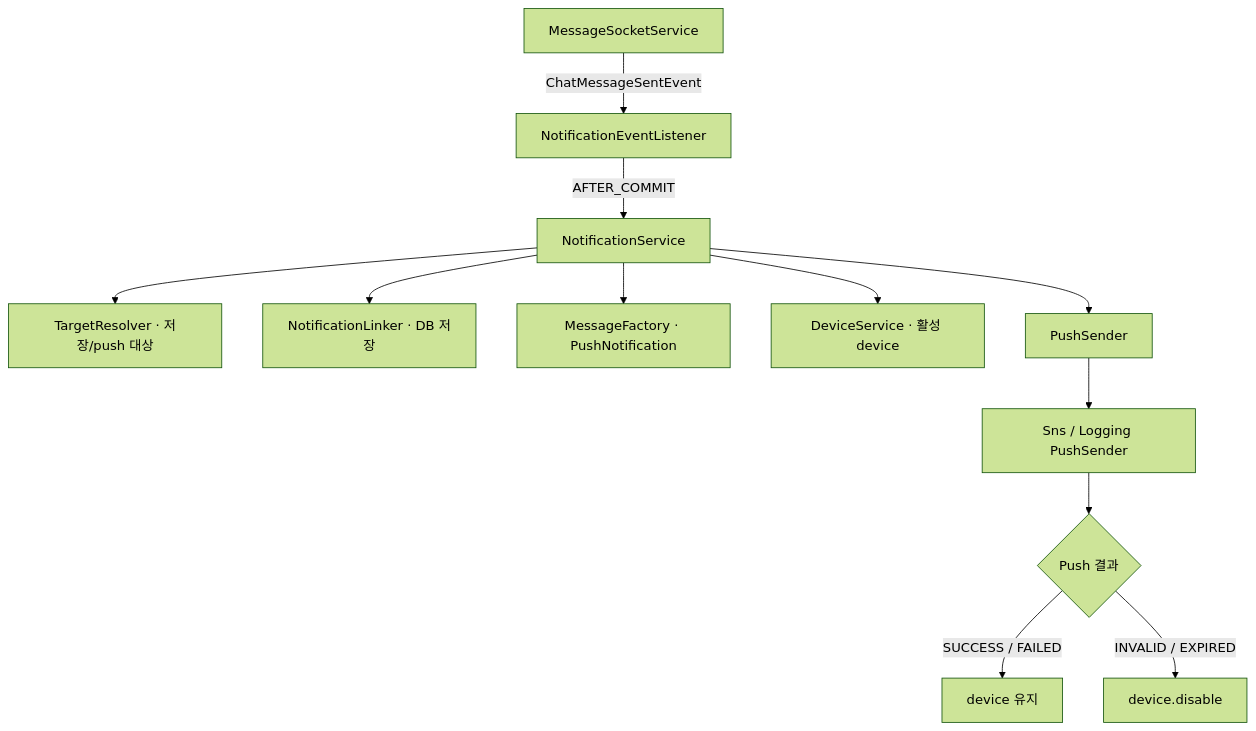
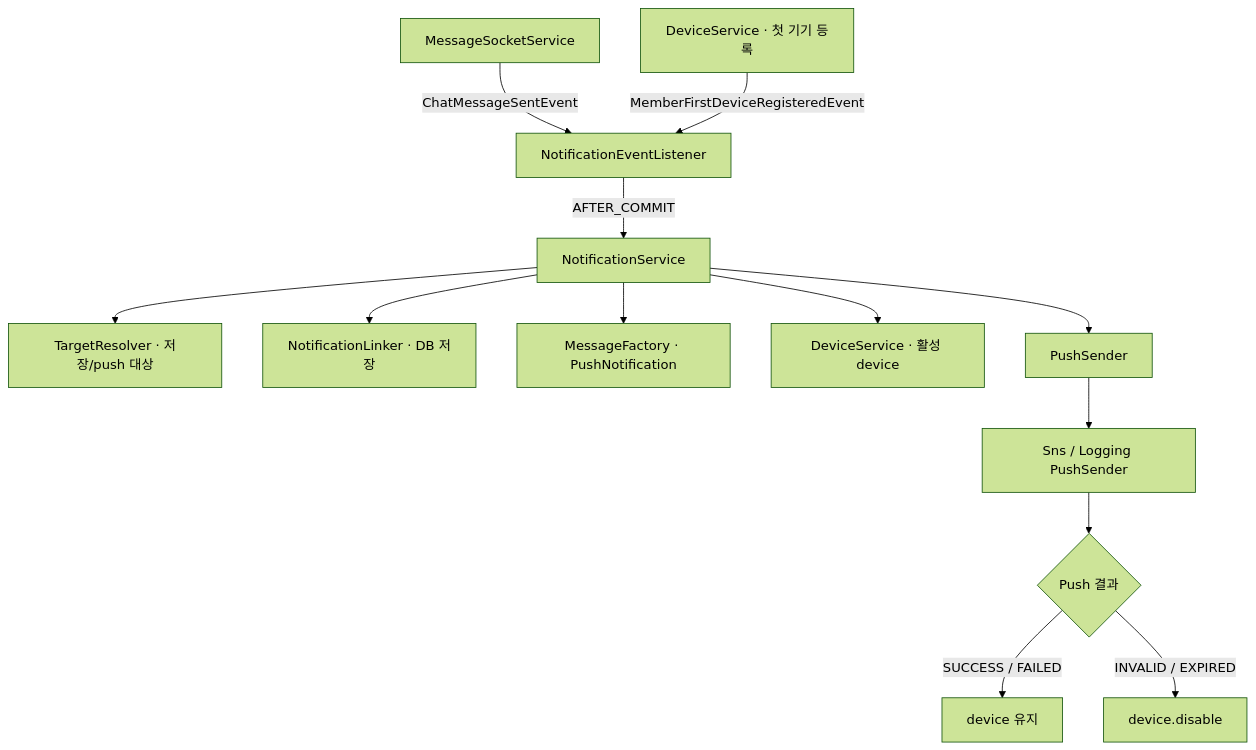
The first of 4 diagrams in apps/api/docs/notification-architecture.md (mortonCareer/bconnect), drawn with Mermaid (forest theme) before and after one commit. The commit also changed other lines of this file and 1 other file, not shown here.

````diff
--- a/apps/api/docs/notification-architecture.md
+++ b/apps/api/docs/notification-architecture.md
@@ -7,14 +7,15 @@
 ```mermaid
 flowchart TD
     Socket[MessageSocketService] -- ChatMessageSentEvent --> Listener[NotificationEventListener]
+    DevReg[DeviceService · 첫 기기 등록] -- MemberFirstDeviceRegisteredEvent --> Listener
     Listener -- AFTER_COMMIT --> Svc[NotificationService]
     Svc --> Resolver[TargetResolver · 저장/push 대상]
     Svc --> Linker[NotificationLinker · DB 저장]
     Svc --> Factory[MessageFactory · PushNotification]
     Svc --> Device[DeviceService · 활성 device]
     Svc --> Sender[PushSender]
     Sender --> Infra[Sns / Logging PushSender]
     Infra --> Res{Push 결과}
     Res -- SUCCESS / FAILED --> Keep[device 유지]
     Res -- INVALID / EXPIRED --> Off[device.disable]
 ```
````
